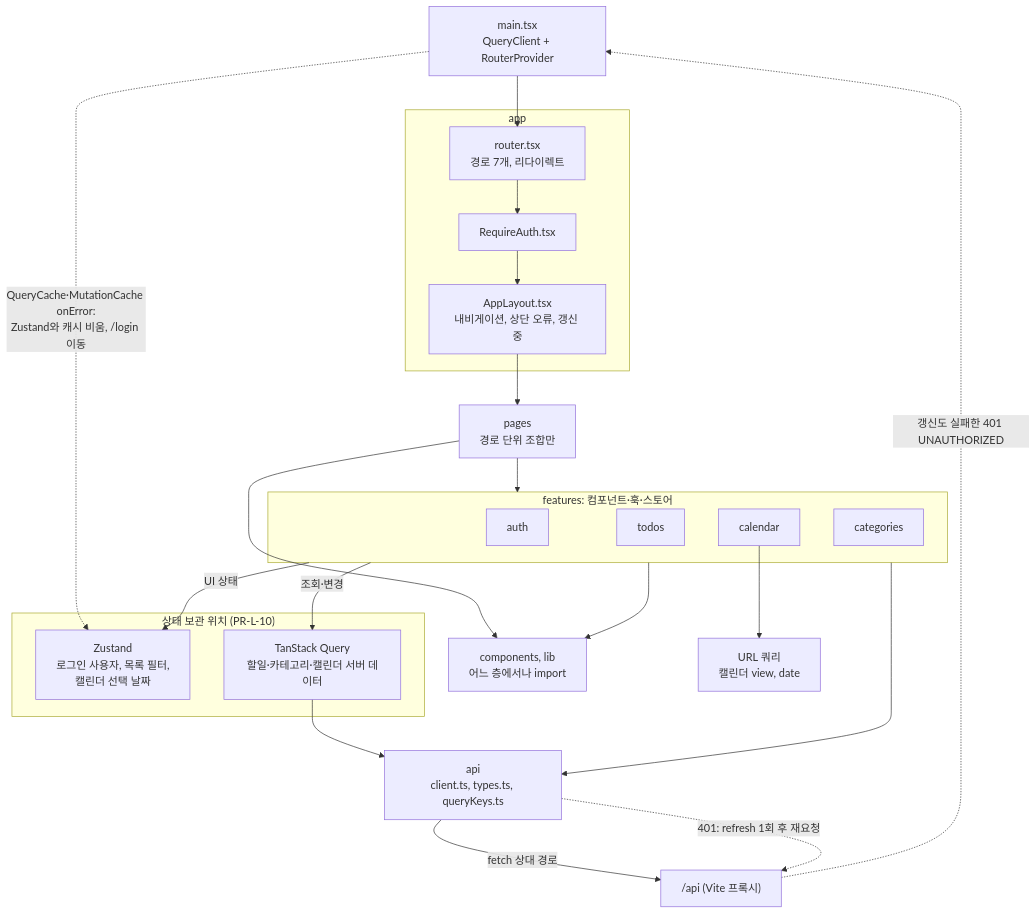
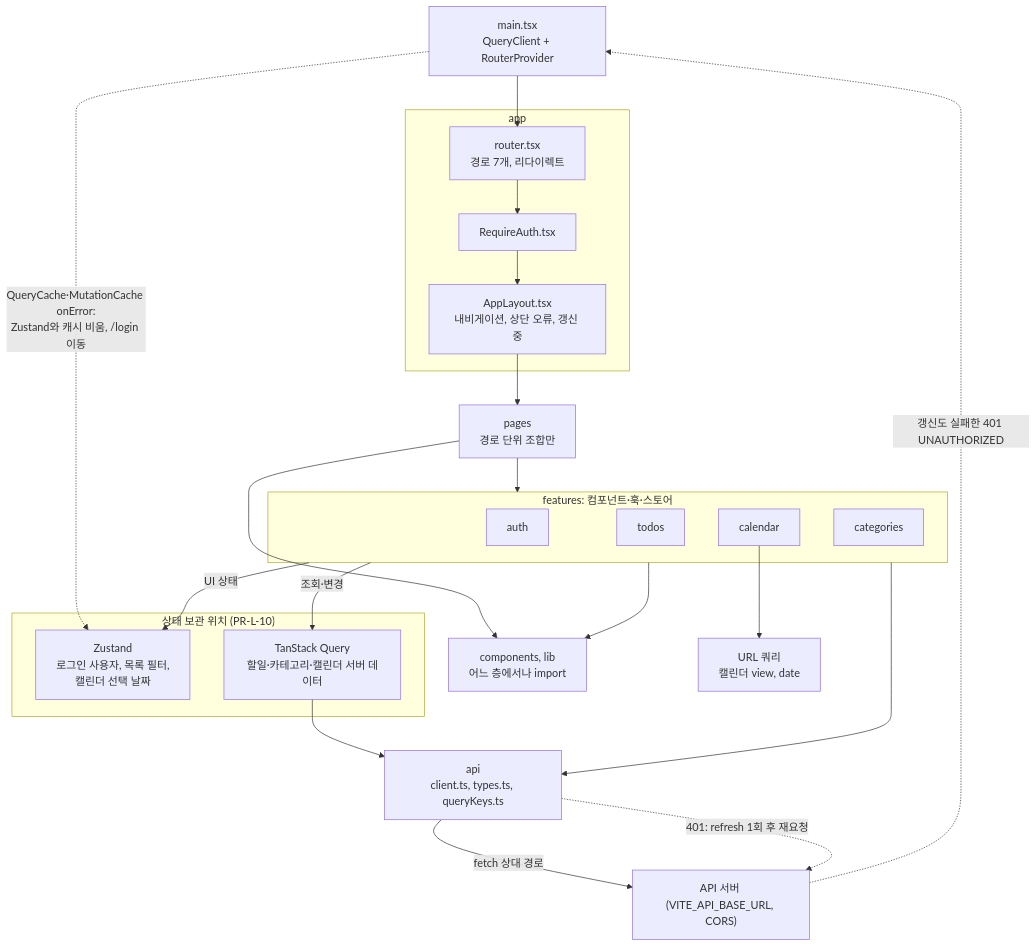
Before and after one commit to pomyeong/todolist-app: the third of 10 diagrams in docs/6-arch-diagram.md, drawn with Mermaid. The commit also changed other lines of this file and 16 other files, not shown here.

First line of the commit message:
feat: Vite 프록시 대신 CORS로 API 호출, 토큰 만료 시간 환경변수화 (P-04, PR-S-01, PR-S-02, PR-S-04)

````diff
--- a/docs/6-arch-diagram.md
+++ b/docs/6-arch-diagram.md
@@ -136,39 +136,39 @@
 ```mermaid
 flowchart TB
     MAIN["main.tsx<br/>QueryClient + RouterProvider"]
     subgraph APPD["app"]
         RTR["router.tsx<br/>경로 7개, 리다이렉트"]
         RA["RequireAuth.tsx"]
         AL["AppLayout.tsx<br/>내비게이션, 상단 오류, 갱신 중"]
     end
     PG["pages<br/>경로 단위 조합만"]
     subgraph FT["features: 컴포넌트·훅·스토어"]
         FA["auth"]
         FTD["todos"]
         FC["calendar"]
         FCT["categories"]
     end
     subgraph ST2["상태 보관 위치 (PR-L-10)"]
         ZS["Zustand<br/>로그인 사용자, 목록 필터,<br/>캘린더 선택 날짜"]
         TQ["TanStack Query<br/>할일·카테고리·캘린더 서버 데이터"]
     end
     API["api<br/>client.ts, types.ts, queryKeys.ts"]
     SHARED["components, lib<br/>어느 층에서나 import"]
-    BACK["/api (Vite 프록시)"]
+    BACK["API 서버 (VITE_API_BASE_URL, CORS)"]
     URL["URL 쿼리<br/>캘린더 view, date"]
 
     MAIN --> RTR
     RTR --> RA --> AL --> PG
     PG --> FT
     FT --> API
     FT --> SHARED
     PG --> SHARED
     FT -->|"UI 상태"| ZS
     FT -->|"조회·변경"| TQ
     FC --> URL
     TQ --> API
     API -->|"fetch 상대 경로"| BACK
     API -.->|"401: refresh 1회 후 재요청"| BACK
     BACK -.->|"갱신도 실패한 401 UNAUTHORIZED"| MAIN
     MAIN -.->|"QueryCache·MutationCache onError:<br/>Zustand와 캐시 비움, /login 이동"| ZS
 ```
````
